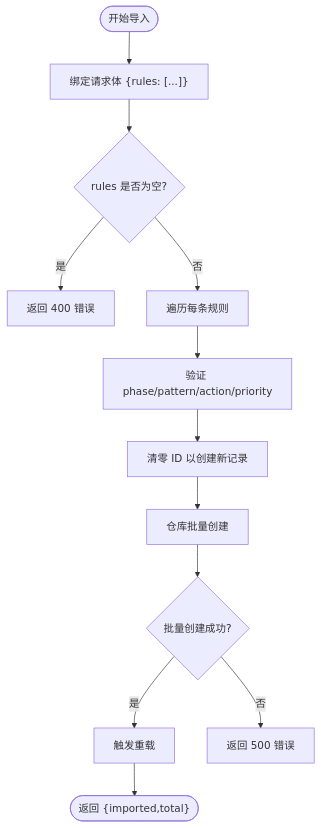
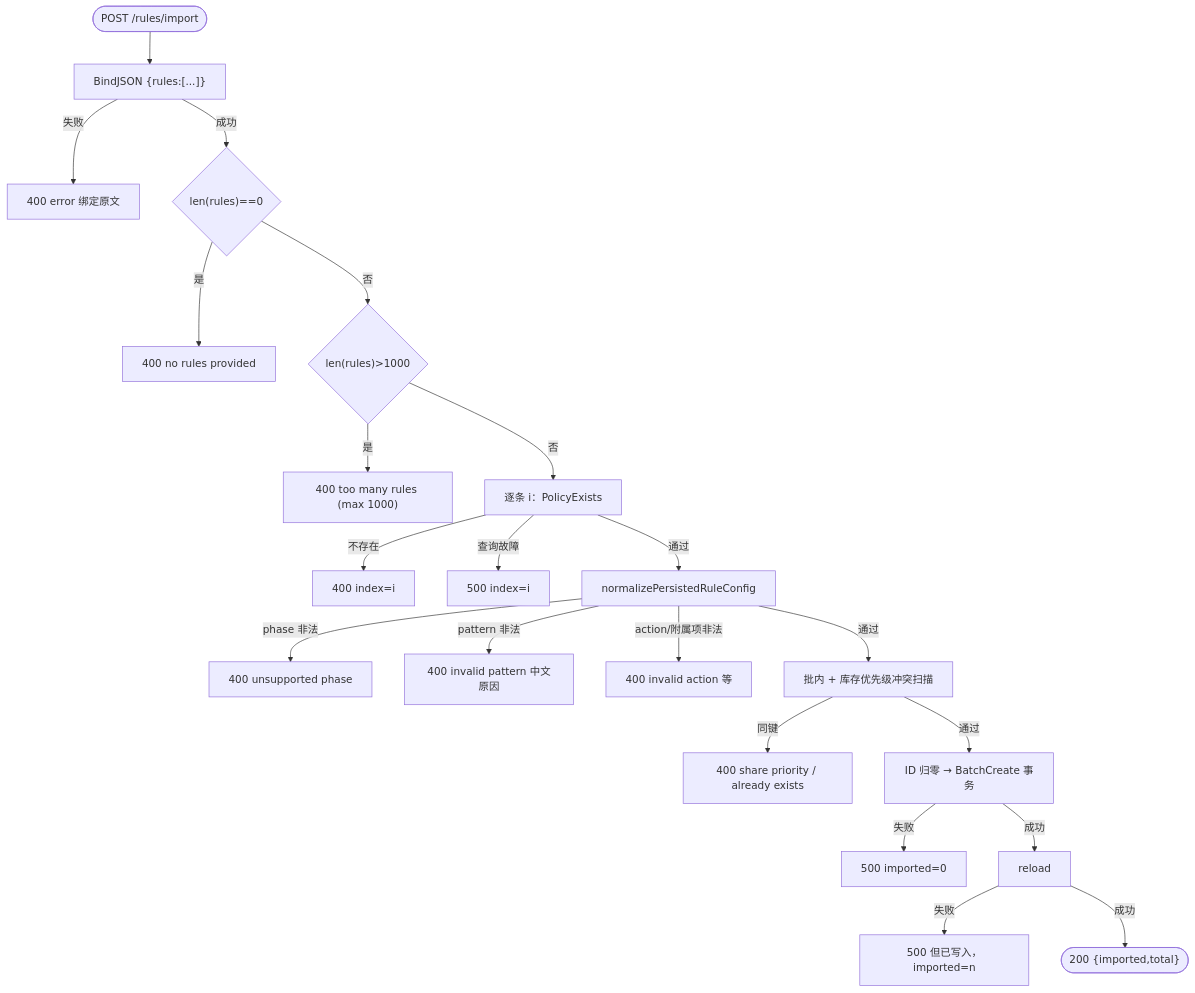
Before and after one commit to x01n/My-OpenWaf: the fourth of 7 diagrams in docs/管理 API 系统/规则管理 API/规则导入导出.md, drawn with Mermaid. The commit also changed other lines of this file and 622 other files, not shown here.

````diff
--- a/docs/管理 API 系统/规则管理 API/规则导入导出.md
+++ b/docs/管理 API 系统/规则管理 API/规则导入导出.md
@@ -204,14 +427,23 @@
 ```mermaid
 flowchart TD
-Start(["开始导入"]) --> Bind["绑定请求体 {rules: [...]}"]
-Bind --> Valid{"rules 是否为空?"}
-Valid --> |是| Err400["返回 400 错误"]
-Valid --> |否| Loop["遍历每条规则"]
-Loop --> ValidateAction["验证 phase/pattern/action/priority"]
-ValidateAction --> ClearID["清零 ID 以创建新记录"]
-ClearID --> BatchCreate["仓库批量创建"]
-BatchCreate --> Ok{"批量创建成功?"}
-Ok --> |是| Reload["触发重载"]
-Ok --> |否| Return500["返回 500 错误"]
-Reload --> Done(["返回 {imported,total}"])
+  S(["POST /rules/import"]) --> B["BindJSON {rules:[...]}"]
+  B --> |失败| E400a["400 error 绑定原文"]
+  B --> |成功| Z{"len(rules)==0"}
+  Z --> |是| E400b["400 no rules provided"]
+  Z --> |否| M{"len(rules)>1000"}
+  M --> |是| E400c["400 too many rules (max 1000)"]
+  M --> |否| L["逐条 i：PolicyExists"]
+  L --> |不存在| E400d["400 index=i"]
+  L --> |查询故障| E500a["500 index=i"]
+  L --> |通过| V["normalizePersistedRuleConfig"]
+  V --> |phase 非法| E400e["400 unsupported phase"]
+  V --> |pattern 非法| E400f["400 invalid pattern 中文原因"]
+  V --> |action/附属项非法| E400g["400 invalid action 等"]
+  V --> |通过| P["批内 + 库存优先级冲突扫描"]
+  P --> |同键| E400h["400 share priority / already exists"]
+  P --> |通过| W["ID 归零 → BatchCreate 事务"]
+  W --> |失败| E500b["500 imported=0"]
+  W --> |成功| R["reload"]
+  R --> |失败| E500c["500 但已写入，imported=n"]
+  R --> |成功| OK(["200 {imported,total}"])
 ```
````
